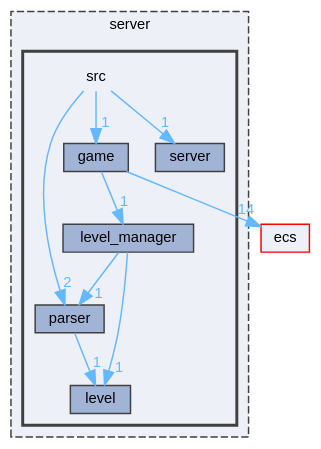
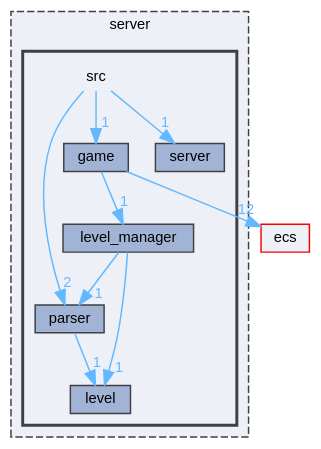
The diagram in dir_a063914ab482288b7b0e1b2fca86158c_dep.dot (Houpsi/R-Type), drawn with Graphviz before and after one commit. The commit also changed 185 other files, not shown here.

```diff
--- a/dir_a063914ab482288b7b0e1b2fca86158c_dep.dot
+++ b/dir_a063914ab482288b7b0e1b2fca86158c_dep.dot
@@ -1,29 +1,29 @@
 digraph "server/src"
 {
  // LATEX_PDF_SIZE
   bgcolor="transparent";
   edge [fontname=Helvetica,fontsize=10,labelfontname=Helvetica,labelfontsize=10];
   node [fontname=Helvetica,fontsize=10,shape=box,height=0.2,width=0.4];
   compound=true
   subgraph clusterdir_41e1742e44e2de38b3bc91f993fed282 {
     graph [ bgcolor="#edf0f7", pencolor="grey25", label="server", fontname=Helvetica,fontsize=10 style="filled,dashed", URL="dir_41e1742e44e2de38b3bc91f993fed282.html",tooltip=""]
   subgraph clusterdir_a063914ab482288b7b0e1b2fca86158c {
     graph [ bgcolor="#edf0f7", pencolor="grey25", label="", fontname=Helvetica,fontsize=10 style="filled,bold", URL="dir_a063914ab482288b7b0e1b2fca86158c.html",tooltip=""]
     dir_a063914ab482288b7b0e1b2fca86158c [shape=plaintext, label="src"];
   dir_e6b7ec297778ed9f03d97c98d106236d [label="game", fillcolor="#a2b4d6", color="grey25", style="filled", URL="dir_e6b7ec297778ed9f03d97c98d106236d.html",tooltip=""];
   dir_bb42df2f0e903765673454be575ec619 [label="level", fillcolor="#a2b4d6", color="grey25", style="filled", URL="dir_bb42df2f0e903765673454be575ec619.html",tooltip=""];
   dir_1a61ab1baf9342b4b0090bc39c8718b8 [label="level_manager", fillcolor="#a2b4d6", color="grey25", style="filled", URL="dir_1a61ab1baf9342b4b0090bc39c8718b8.html",tooltip=""];
   dir_0d2bd8aef9a1d5e03f22ed5477f85ed5 [label="parser", fillcolor="#a2b4d6", color="grey25", style="filled", URL="dir_0d2bd8aef9a1d5e03f22ed5477f85ed5.html",tooltip=""];
   dir_79d66a5bc5e2c314a2c5007d4cb52c17 [label="server", fillcolor="#a2b4d6", color="grey25", style="filled", URL="dir_79d66a5bc5e2c314a2c5007d4cb52c17.html",tooltip=""];
   }
   }
   dir_eafb92770fbc727220bdaa0b1292f771 [label="ecs", fillcolor="#edf0f7", color="red", style="filled", URL="dir_eafb92770fbc727220bdaa0b1292f771.html",tooltip=""];
   dir_a063914ab482288b7b0e1b2fca86158c->dir_0d2bd8aef9a1d5e03f22ed5477f85ed5 [headlabel="2", labeldistance=1.5 headhref="dir_000009_000005.html" href="dir_000009_000005.html" color="steelblue1" fontcolor="steelblue1"];
   dir_a063914ab482288b7b0e1b2fca86158c->dir_79d66a5bc5e2c314a2c5007d4cb52c17 [headlabel="1", labeldistance=1.5 headhref="dir_000009_000007.html" href="dir_000009_000007.html" color="steelblue1" fontcolor="steelblue1"];
   dir_a063914ab482288b7b0e1b2fca86158c->dir_e6b7ec297778ed9f03d97c98d106236d [headlabel="1", labeldistance=1.5 headhref="dir_000009_000002.html" href="dir_000009_000002.html" color="steelblue1" fontcolor="steelblue1"];
   dir_e6b7ec297778ed9f03d97c98d106236d->dir_1a61ab1baf9342b4b0090bc39c8718b8 [headlabel="1", labeldistance=1.5 headhref="dir_000002_000004.html" href="dir_000002_000004.html" color="steelblue1" fontcolor="steelblue1"];
-  dir_e6b7ec297778ed9f03d97c98d106236d->dir_eafb92770fbc727220bdaa0b1292f771 [headlabel="14", labeldistance=1.5 headhref="dir_000002_000001.html" href="dir_000002_000001.html" color="steelblue1" fontcolor="steelblue1"];
+  dir_e6b7ec297778ed9f03d97c98d106236d->dir_eafb92770fbc727220bdaa0b1292f771 [headlabel="12", labeldistance=1.5 headhref="dir_000002_000001.html" href="dir_000002_000001.html" color="steelblue1" fontcolor="steelblue1"];
   dir_1a61ab1baf9342b4b0090bc39c8718b8->dir_0d2bd8aef9a1d5e03f22ed5477f85ed5 [headlabel="1", labeldistance=1.5 headhref="dir_000004_000005.html" href="dir_000004_000005.html" color="steelblue1" fontcolor="steelblue1"];
   dir_1a61ab1baf9342b4b0090bc39c8718b8->dir_bb42df2f0e903765673454be575ec619 [headlabel="1", labeldistance=1.5 headhref="dir_000004_000003.html" href="dir_000004_000003.html" color="steelblue1" fontcolor="steelblue1"];
   dir_0d2bd8aef9a1d5e03f22ed5477f85ed5->dir_bb42df2f0e903765673454be575ec619 [headlabel="1", labeldistance=1.5 headhref="dir_000005_000003.html" href="dir_000005_000003.html" color="steelblue1" fontcolor="steelblue1"];
 }
```
